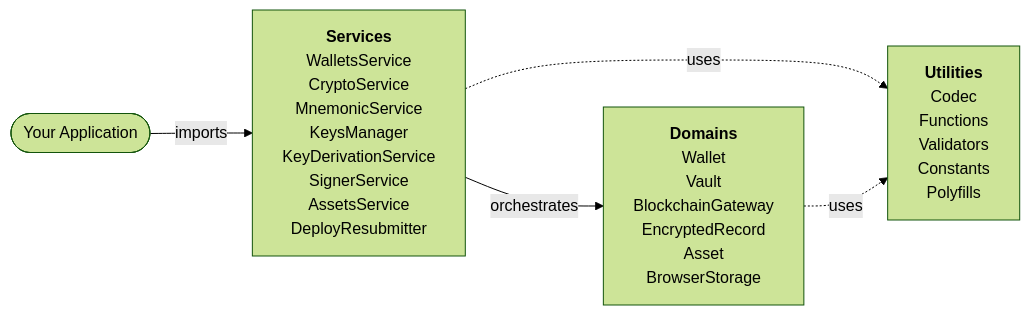
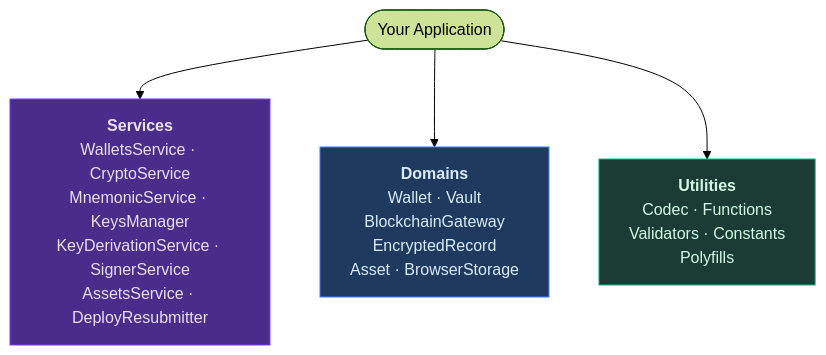
The fourth of 6 diagrams in wallet-sdk/overview/index.md (asi-alliance/asi-chain-docs-portal), drawn with Mermaid (forest theme) before and after one commit. The commit also changed other lines of this file, not shown here.

Commit message:
[AS-571] Add 6 tree-style mermaid diagram variations

````diff
--- a/wallet-sdk/overview/index.md
+++ b/wallet-sdk/overview/index.md
@@ -130,7 +131,12 @@
 ```mermaid
-graph LR
-    A(["Your Application"]) -->|"imports"| S["<b>Services</b><br/>WalletsService<br/>CryptoService<br/>MnemonicService<br/>KeysManager<br/>KeyDerivationService<br/>SignerService<br/>AssetsService<br/>DeployResubmitter"]
-    S -->|"orchestrates"| D["<b>Domains</b><br/>Wallet<br/>Vault<br/>BlockchainGateway<br/>EncryptedRecord<br/>Asset<br/>BrowserStorage"]
-    S -.->|"uses"| U["<b>Utilities</b><br/>Codec<br/>Functions<br/>Validators<br/>Constants<br/>Polyfills"]
-    D -.->|"uses"| U
+flowchart TB
+    A(["Your Application"])
+
+    A --> S["<b>Services</b><br/>WalletsService · CryptoService<br/>MnemonicService · KeysManager<br/>KeyDerivationService · SignerService<br/>AssetsService · DeployResubmitter"]
+    A --> D["<b>Domains</b><br/>Wallet · Vault<br/>BlockchainGateway<br/>EncryptedRecord<br/>Asset · BrowserStorage"]
+    A --> U["<b>Utilities</b><br/>Codec · Functions<br/>Validators · Constants<br/>Polyfills"]
+
+    style S fill:#4a2c8a,stroke:#7c3aed,color:#e8e0f5
+    style D fill:#1e3a5f,stroke:#3b82f6,color:#dbeafe
+    style U fill:#1a3c34,stroke:#10b981,color:#d1fae5
 ```
````
